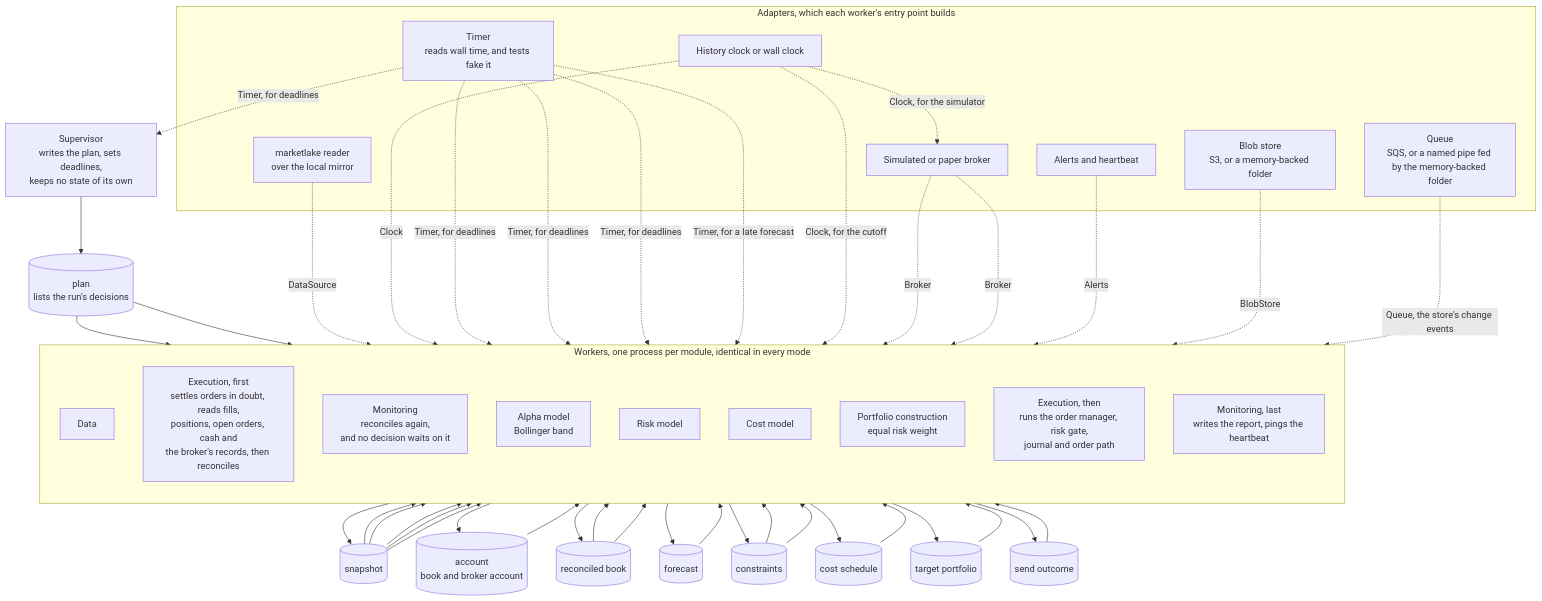
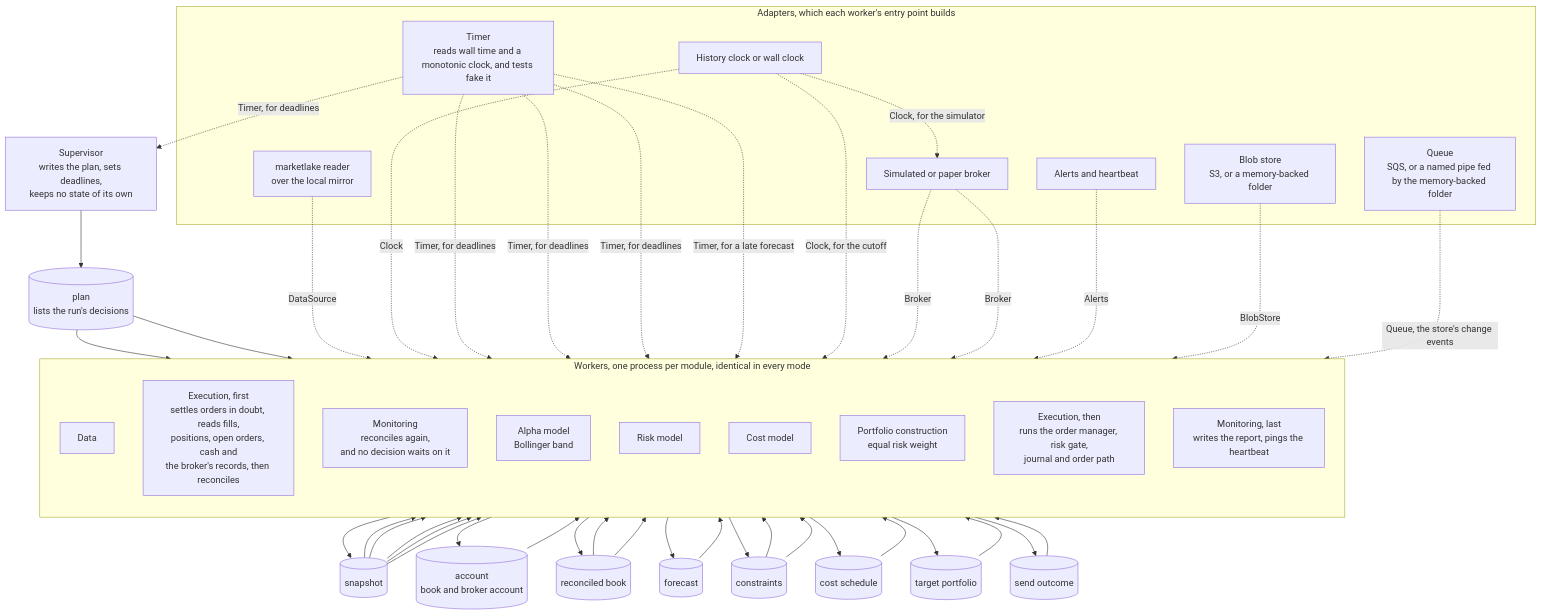
The first of 7 diagrams in docs/architecture/05-building-blocks.md (l3a0/ithildin-runtime), drawn with Mermaid before and after one commit. The commit also changed other lines of this file and 23 other files, not shown here.

````diff
--- a/docs/architecture/05-building-blocks.md
+++ b/docs/architecture/05-building-blocks.md
@@ -57,72 +57,72 @@
 ```mermaid
 flowchart TB
     sup["Supervisor<br/>writes the plan, sets deadlines,<br/>keeps no state of its own"]
     plan[("plan<br/>lists the run's decisions")]
     sup --> plan
 
     subgraph workers["Workers, one process per module, identical in every mode"]
         direction TB
         data["Data"]
         exec_recover["Execution, first<br/>settles orders in doubt, reads fills,<br/>positions, open orders, cash and<br/>the broker's records, then reconciles"]
         mon_recon["Monitoring<br/>reconciles again,<br/>and no decision waits on it"]
         alpha["Alpha model<br/>Bollinger band"]
         risk["Risk model"]
         cost["Cost model"]
         pc["Portfolio construction<br/>equal risk weight"]
         exec_send["Execution, then<br/>runs the order manager, risk gate,<br/>journal and order path"]
         mon_report["Monitoring, last<br/>writes the report, pings the heartbeat"]
     end
 
     snap[("snapshot")]
     acct[("account<br/>book and broker account")]
     book[("reconciled book")]
     fc[("forecast")]
     cons[("constraints")]
     sched[("cost schedule")]
     target[("target portfolio")]
     outcome[("send outcome")]
 
     plan --> data
     plan --> exec_recover
     snap --> exec_recover
     data --> snap
     exec_recover --> acct --> mon_recon
     exec_recover --> book
     snap --> alpha --> fc
     snap --> risk
     book --> risk --> cons
     snap --> cost --> sched
     fc --> pc
     cons --> pc
     sched --> pc
     book --> pc --> target
     target --> exec_send
     cons --> exec_send
     snap --> exec_send
     exec_send --> outcome --> mon_report
 
     subgraph adapters["Adapters, which each worker's entry point builds"]
         lakesrc["marketlake reader<br/>over the local mirror"]
         clock["History clock or wall clock"]
-        timer["Timer<br/>reads wall time, and tests fake it"]
+        timer["Timer<br/>reads wall time and a monotonic clock, and tests fake it"]
         broker["Simulated or paper broker"]
         store["Blob store<br/>S3, or a memory-backed folder"]
         alertsink["Alerts and heartbeat"]
         queue["Queue<br/>SQS, or a named pipe fed by the memory-backed folder"]
     end
 
     lakesrc -. "DataSource" .-> data
     clock -. "Clock" .-> data
     timer -. "Timer, for deadlines" .-> sup
     timer -. "Timer, for deadlines" .-> mon_report
     timer -. "Timer, for deadlines" .-> exec_recover
     timer -. "Timer, for deadlines" .-> exec_send
     timer -. "Timer, for a late forecast" .-> pc
     clock -. "Clock, for the cutoff" .-> exec_send
     clock -. "Clock, for the simulator" .-> broker
     broker -. "Broker" .-> exec_recover
     broker -. "Broker" .-> exec_send
     store -. "BlobStore" .-> workers
     alertsink -. "Alerts" .-> mon_report
         queue -. "Queue, the store's change events" .-> workers
 ```
````
